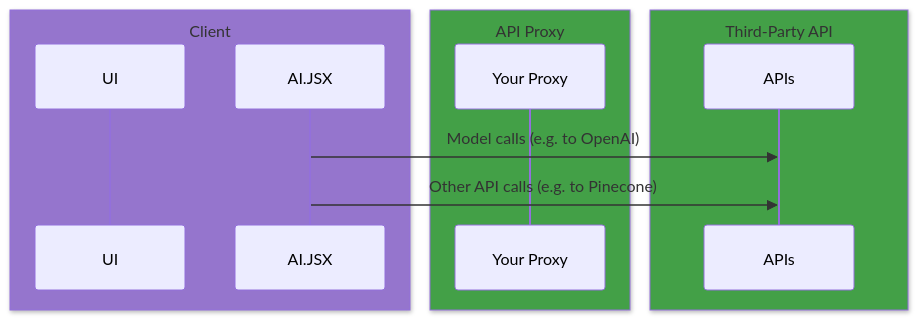
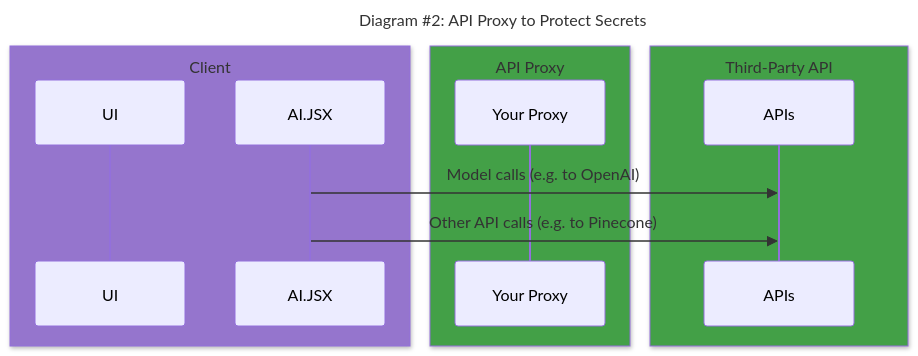
One commit to fixie-ai/ai-jsx changed the second of 5 diagrams in packages/docs/docs/guides/architecture.mdx. Above: the diagram before and after it, drawn with Mermaid. The commit also changed other lines of this file, not shown here.

First line of the commit message:
Revamping architecture guide

````diff
--- a/packages/docs/docs/guides/architecture.mdx
+++ b/packages/docs/docs/guides/architecture.mdx
@@ -101,15 +127,16 @@
 ```mermaid
 sequenceDiagram
+    title Diagram #35;2: API Proxy to Protect Secrets
     box rgb(149, 117, 205) Client
     participant UI
     participant AI.JSX
     end
     box rgb(67, 160, 71) API Proxy
     participant Your Proxy
     end
     AI.JSX->>APIs: Model calls (e.g. to OpenAI)
     AI.JSX->>APIs: Other API calls (e.g. to Pinecone)
     box rgb(67, 160, 71) Third-Party API
     participant APIs
     end
 ```
````
